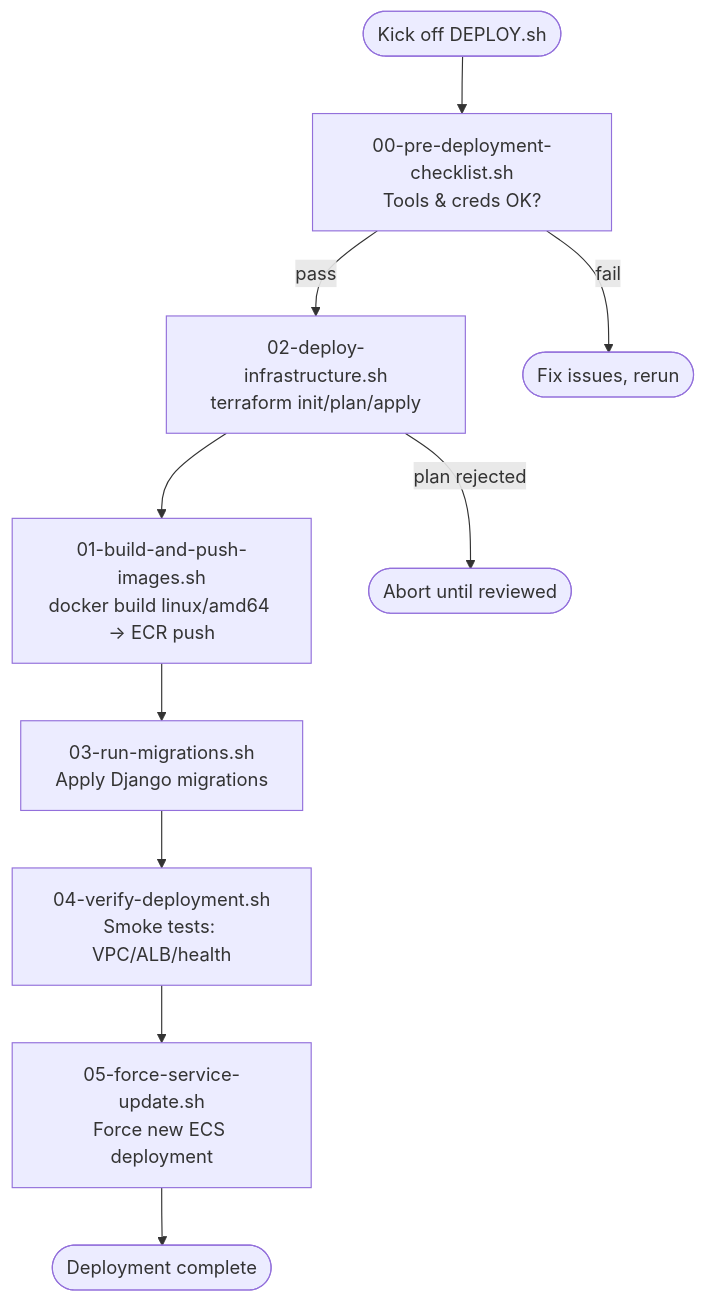
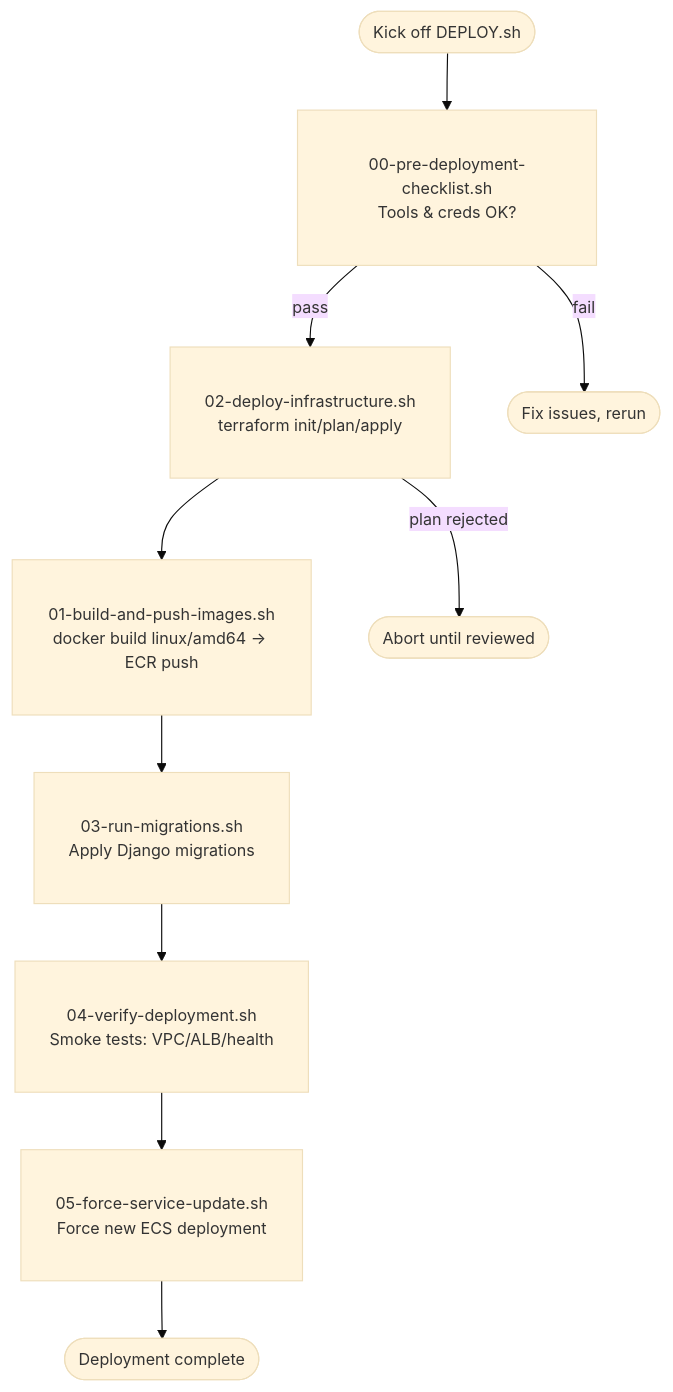
Before and after one commit to JoanneHing/cs3219-ay2526s1-project-g19: the second of 8 diagrams in docs/p1_deploy.md, drawn with Mermaid. The commit also changed other lines of this file, not shown here.

````diff
--- a/docs/p1_deploy.md
+++ b/docs/p1_deploy.md
@@ -50,12 +50,16 @@
 ```mermaid
+%%{init: {'theme':'base', 'themeVariables': {'fontSize':'14px'}}}%%
 flowchart TD
   start([Kick off DEPLOY.sh]) --> checklist["00-pre-deployment-checklist.sh<br/>Tools & creds OK?"]
   checklist -->|pass| tf["02-deploy-infrastructure.sh<br/>terraform init/plan/apply"]
   tf --> build["01-build-and-push-images.sh<br/>docker build linux/amd64 → ECR push"]
   build --> migrate["03-run-migrations.sh<br/>Apply Django migrations"]
   migrate --> verify["04-verify-deployment.sh<br/>Smoke tests: VPC/ALB/health"]
   verify --> refresh["05-force-service-update.sh<br/>Force new ECS deployment"]
   refresh --> done([Deployment complete])
   checklist -->|fail| stop1([Fix issues, rerun])
   tf -->|plan rejected| stop2([Abort until reviewed])
+
+  classDef wider padding:10px
+  class checklist,tf,build,migrate,verify,refresh wider
 ```
````
